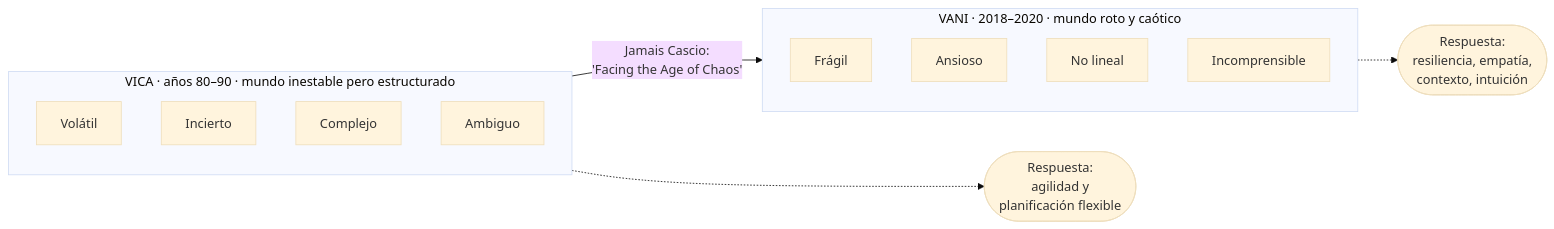
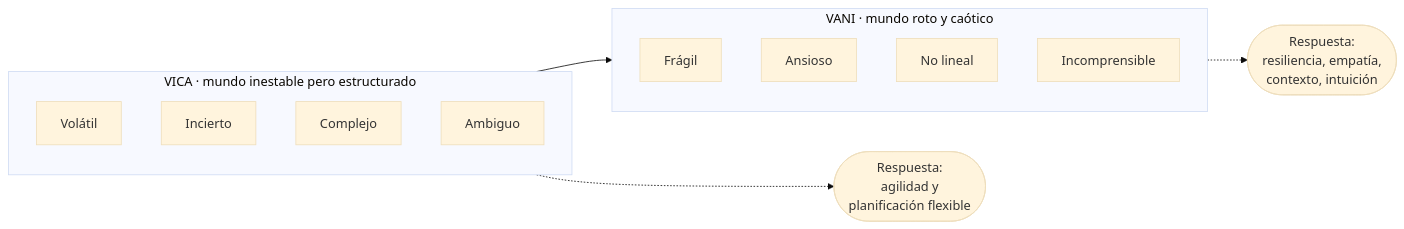
Before and after one commit to Valenpl/tecnologia-e-innovacion-uade: the first of 2 diagrams in resto-de-la-materia/18-entornos-vica-y-vani.md, drawn with Mermaid (base theme). The commit also changed other lines of this file and 3 other files, not shown here.

````diff
--- a/resto-de-la-materia/18-entornos-vica-y-vani.md
+++ b/resto-de-la-materia/18-entornos-vica-y-vani.md
@@ -48,18 +45,18 @@
 ```mermaid
 flowchart LR
-    subgraph VICA["VICA · años 80–90 · mundo inestable pero estructurado"]
+    subgraph VICA["VICA · mundo inestable pero estructurado"]
         V["Volátil"]
         I["Incierto"]
         C["Complejo"]
         A["Ambiguo"]
     end
-    subgraph VANI["VANI · 2018–2020 · mundo roto y caótico"]
+    subgraph VANI["VANI · mundo roto y caótico"]
         F["Frágil"]
         AN["Ansioso"]
         N["No lineal"]
         IN["Incomprensible"]
     end
-    VICA -->|"Jamais Cascio:<br/>'Facing the Age of Chaos'"| VANI
+    VICA --> VANI
     VICA -.-> R1(["Respuesta:<br/>agilidad y<br/>planificación flexible"])
     VANI -.-> R2(["Respuesta:<br/>resiliencia, empatía,<br/>contexto, intuición"])
 ```
````
